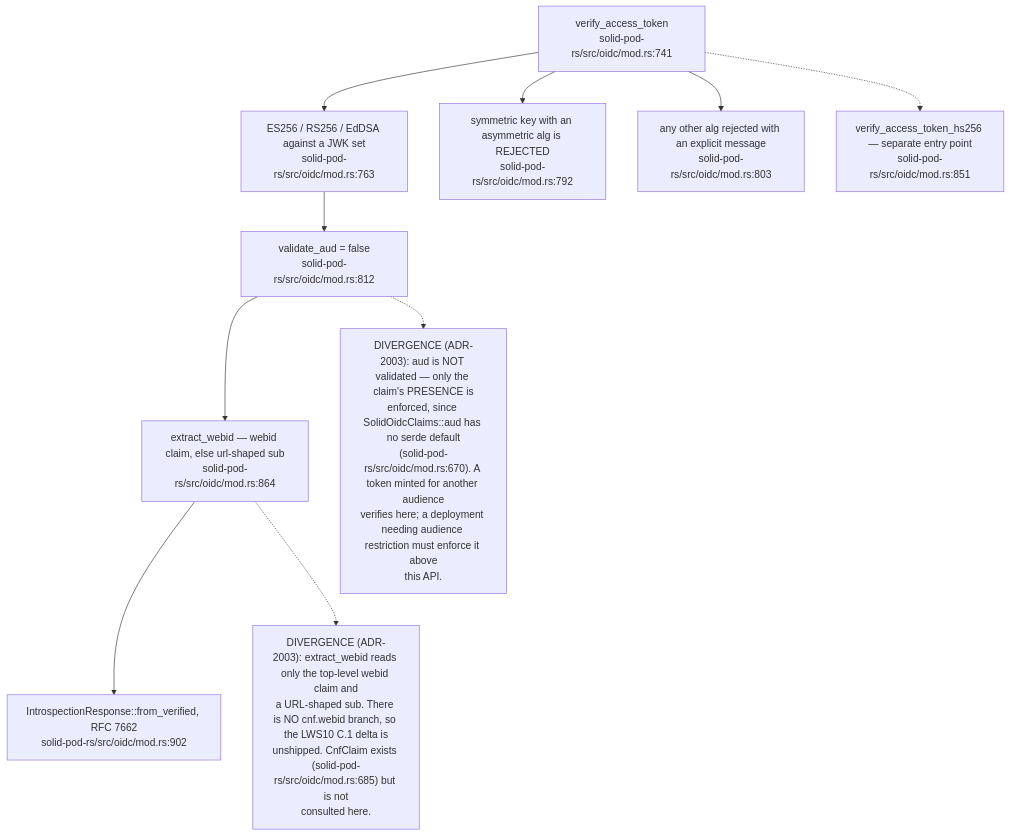
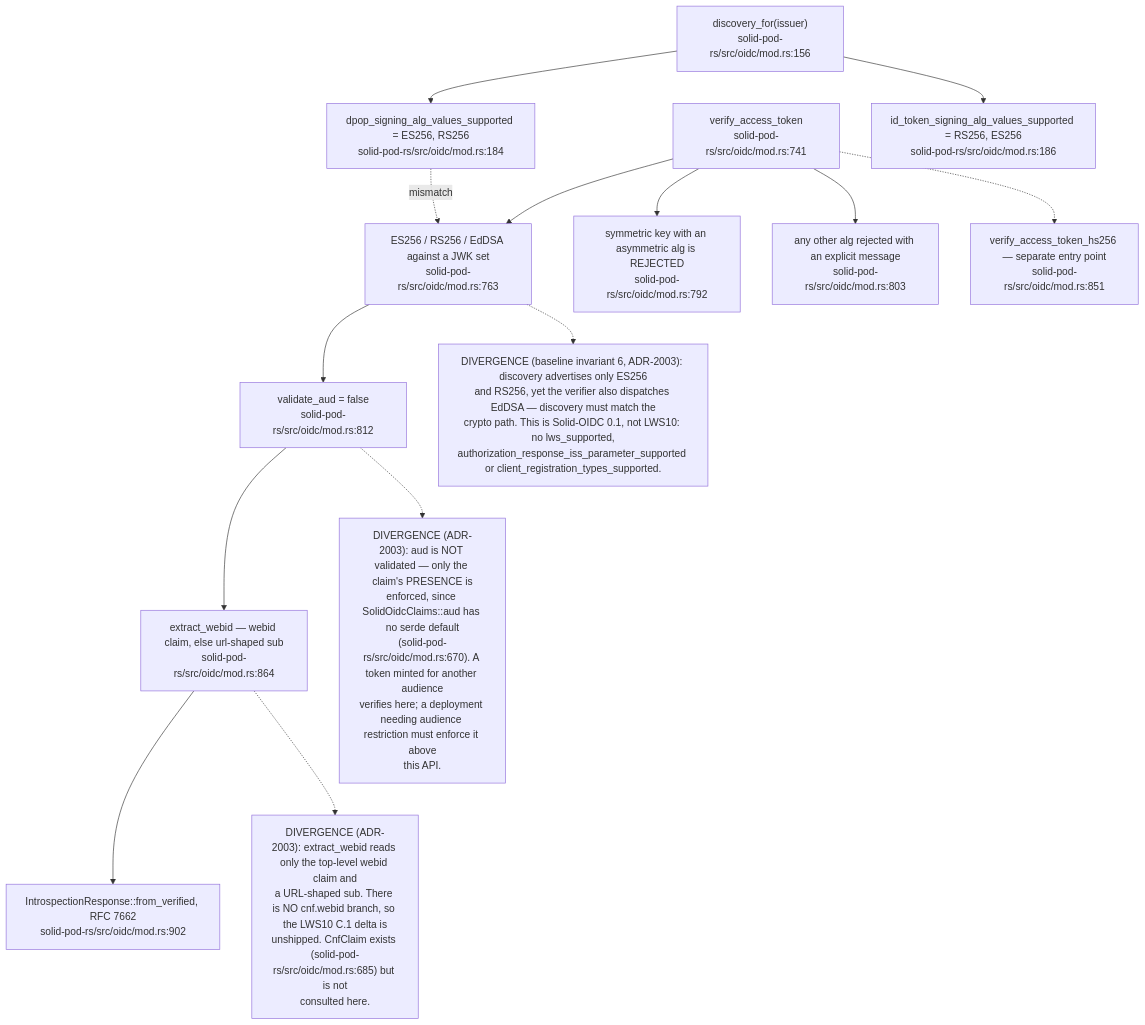
Before and after one commit to DreamLab-AI/VisionFlow: the seventh of 17 diagrams in docs/diagrams/solid-pod-rs/05-identity-nip98-did-oidc.md, drawn with Mermaid. The commit also changed other lines of this file and 136 other files, not shown here.

First line of the commit message:
docs(diagrams): refresh the whole corpus to code HEAD and prune low-value diagrams

````diff
--- a/docs/diagrams/solid-pod-rs/05-identity-nip98-did-oidc.md
+++ b/docs/diagrams/solid-pod-rs/05-identity-nip98-did-oidc.md
@@ -236,21 +213,29 @@
 ```mermaid
 flowchart TD
     VT["verify_access_token<br/>solid-pod-rs/src/oidc/mod.rs:741"]
     ASYM["ES256 / RS256 / EdDSA against a JWK set<br/>solid-pod-rs/src/oidc/mod.rs:763"]
     SYMR["symmetric key with an asymmetric alg is REJECTED<br/>solid-pod-rs/src/oidc/mod.rs:792"]
     OTHER["any other alg rejected with an explicit message<br/>solid-pod-rs/src/oidc/mod.rs:803"]
     AUD["validate_aud = false<br/>solid-pod-rs/src/oidc/mod.rs:812"]
     WID["extract_webid — webid claim, else url-shaped sub<br/>solid-pod-rs/src/oidc/mod.rs:864"]
     HS["verify_access_token_hs256 — separate entry point<br/>solid-pod-rs/src/oidc/mod.rs:851"]
     INTRO["IntrospectionResponse::from_verified, RFC 7662<br/>solid-pod-rs/src/oidc/mod.rs:902"]
+    DISC["discovery_for(issuer)<br/>solid-pod-rs/src/oidc/mod.rs:156"]
+    ADV["dpop_signing_alg_values_supported = ES256, RS256<br/>solid-pod-rs/src/oidc/mod.rs:184"]
+    IDT["id_token_signing_alg_values_supported = RS256, ES256<br/>solid-pod-rs/src/oidc/mod.rs:186"]
 
     VT --> ASYM --> AUD --> WID --> INTRO
     VT --> SYMR
     VT --> OTHER
     VT -.-> HS
+    DISC --> ADV
+    DISC --> IDT
+    ADV -. "mismatch" .-> ASYM
 
     D1["DIVERGENCE (ADR-2003): aud is NOT validated — only the claim's PRESENCE is<br/>enforced, since SolidOidcClaims::aud has no serde default<br/>(solid-pod-rs/src/oidc/mod.rs:670). A token minted for another audience<br/>verifies here; a deployment needing audience restriction must enforce it above<br/>this API."]
     AUD -.-> D1
     D2["DIVERGENCE (ADR-2003): extract_webid reads only the top-level webid claim and<br/>a URL-shaped sub. There is NO cnf.webid branch, so the LWS10 C.1 delta is<br/>unshipped. CnfClaim exists (solid-pod-rs/src/oidc/mod.rs:685) but is not<br/>consulted here."]
     WID -.-> D2
+    D3["DIVERGENCE (baseline invariant 6, ADR-2003): discovery advertises only ES256<br/>and RS256, yet the verifier also dispatches EdDSA — discovery must match the<br/>crypto path. This is Solid-OIDC 0.1, not LWS10: no lws_supported,<br/>authorization_response_iss_parameter_supported or client_registration_types_supported."]
+    ASYM -.-> D3
 ```
````
